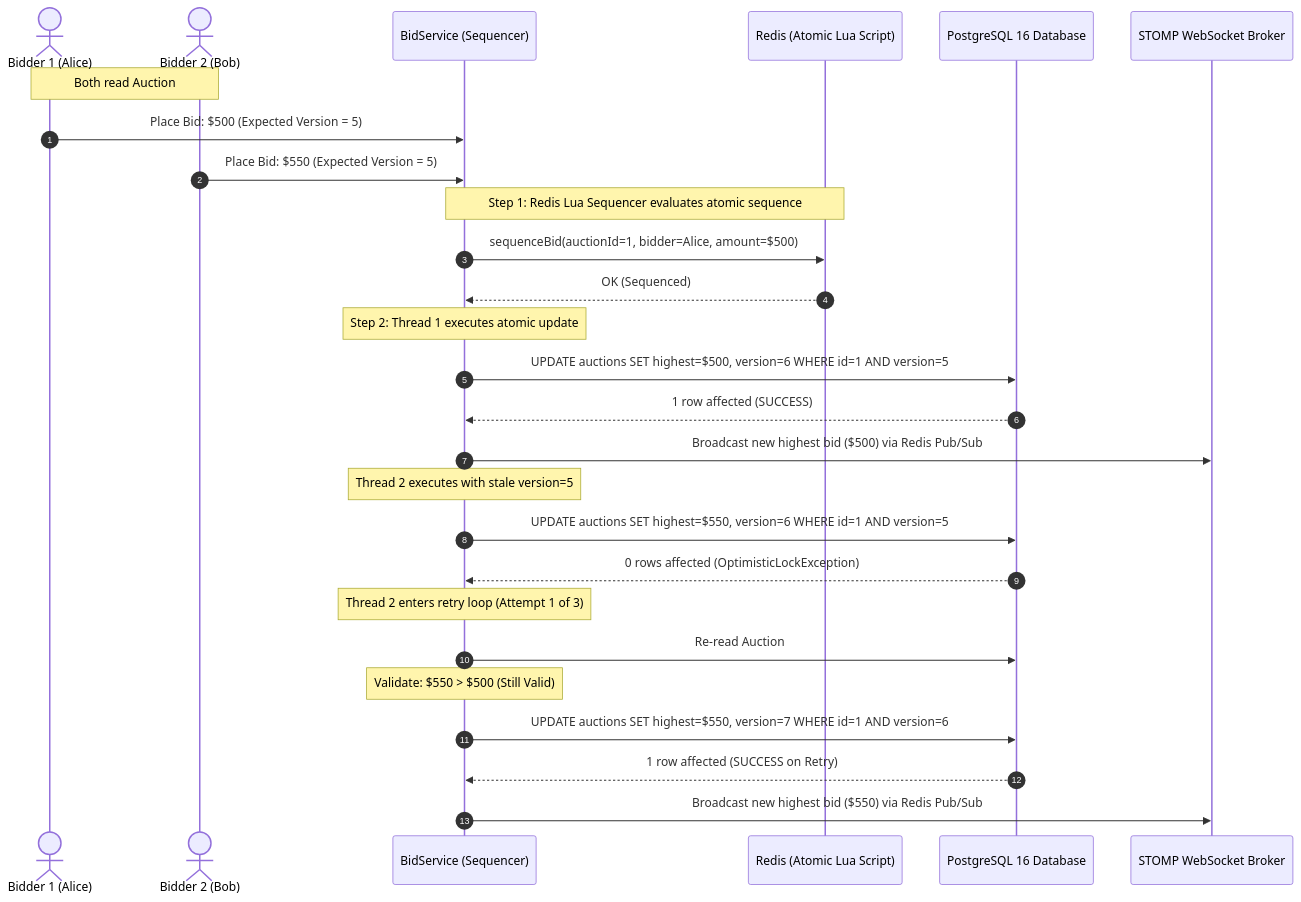
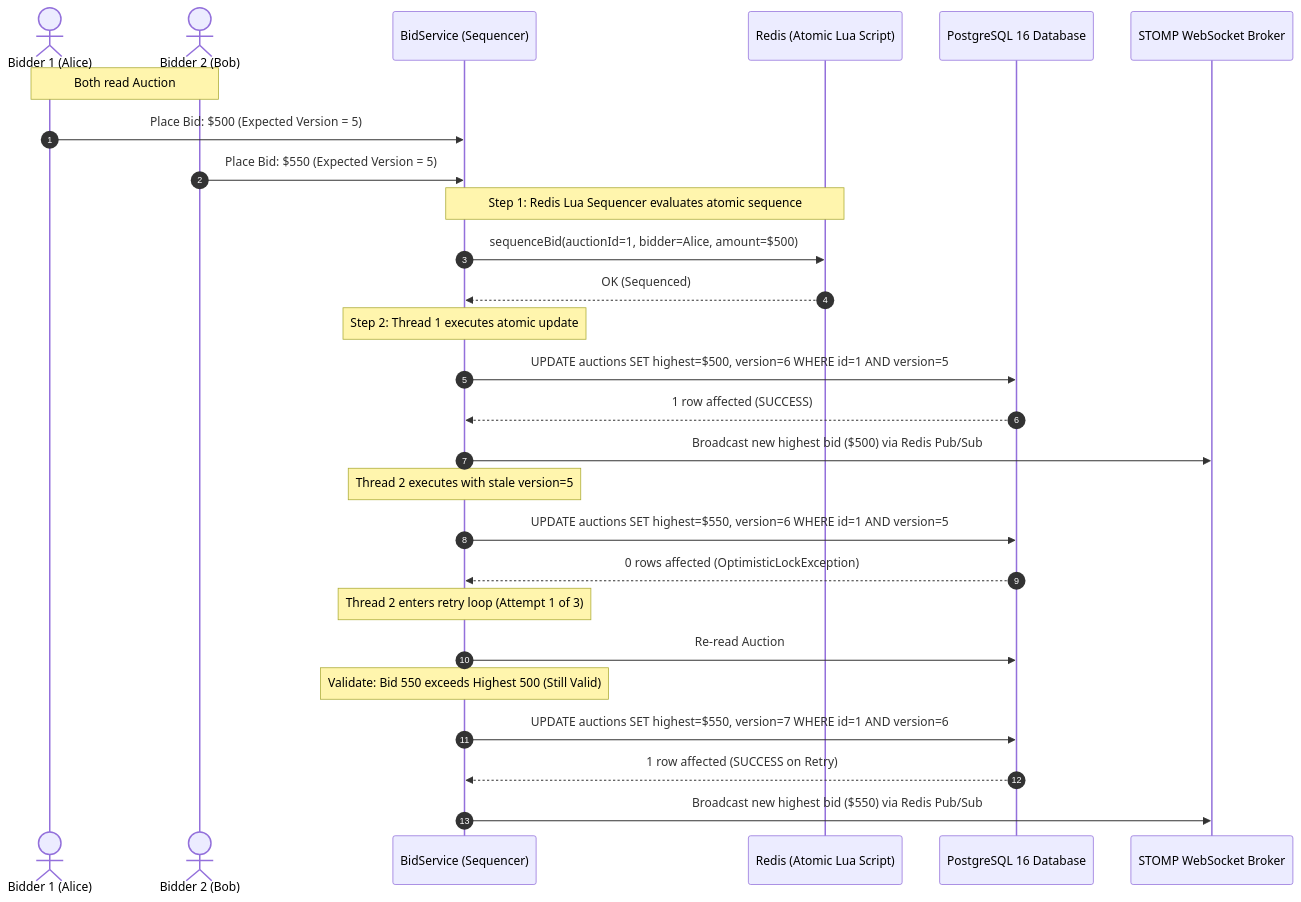
The second of 2 diagrams in README.md (i-viki/distributed-auction-engine), drawn with Mermaid before and after one commit. The commit also changed other lines of this file, not shown here.

Commit message:
fix(docs): resolve Mermaid syntax and harden edge labels for GitHub rich display

````diff
--- a/README.md
+++ b/README.md
@@ -91,34 +91,34 @@
 ```mermaid
 sequenceDiagram
     autonumber
     actor Bidder1 as Bidder 1 (Alice)
     actor Bidder2 as Bidder 2 (Bob)
     participant Svc as BidService (Sequencer)
     participant Redis as Redis (Atomic Lua Script)
     participant DB as PostgreSQL 16 Database
     participant WS as STOMP WebSocket Broker
 
     Note over Bidder1,Bidder2: Both read Auction #1 (Version = 5, Current Highest = $450)
     Bidder1->>Svc: Place Bid: $500 (Expected Version = 5)
     Bidder2->>Svc: Place Bid: $550 (Expected Version = 5)
 
     Note over Svc,Redis: Step 1: Redis Lua Sequencer evaluates atomic sequence
     Svc->>Redis: sequenceBid(auctionId=1, bidder=Alice, amount=$500)
     Redis-->>Svc: OK (Sequenced)
 
     Note over Svc: Step 2: Thread 1 executes atomic update
     Svc->>DB: UPDATE auctions SET highest=$500, version=6 WHERE id=1 AND version=5
     DB-->>Svc: 1 row affected (SUCCESS)
     Svc->>WS: Broadcast new highest bid ($500) via Redis Pub/Sub
 
     Note over Svc: Thread 2 executes with stale version=5
     Svc->>DB: UPDATE auctions SET highest=$550, version=6 WHERE id=1 AND version=5
     DB-->>Svc: 0 rows affected (OptimisticLockException)
 
     Note over Svc: Thread 2 enters retry loop (Attempt 1 of 3)
     Svc->>DB: Re-read Auction #1 (Version = 6, Highest = $500)
-    Note over Svc: Validate: $550 > $500 (Still Valid)
+    Note over Svc: Validate: Bid 550 exceeds Highest 500 (Still Valid)
     Svc->>DB: UPDATE auctions SET highest=$550, version=7 WHERE id=1 AND version=6
     DB-->>Svc: 1 row affected (SUCCESS on Retry)
     Svc->>WS: Broadcast new highest bid ($550) via Redis Pub/Sub
 ```
````
